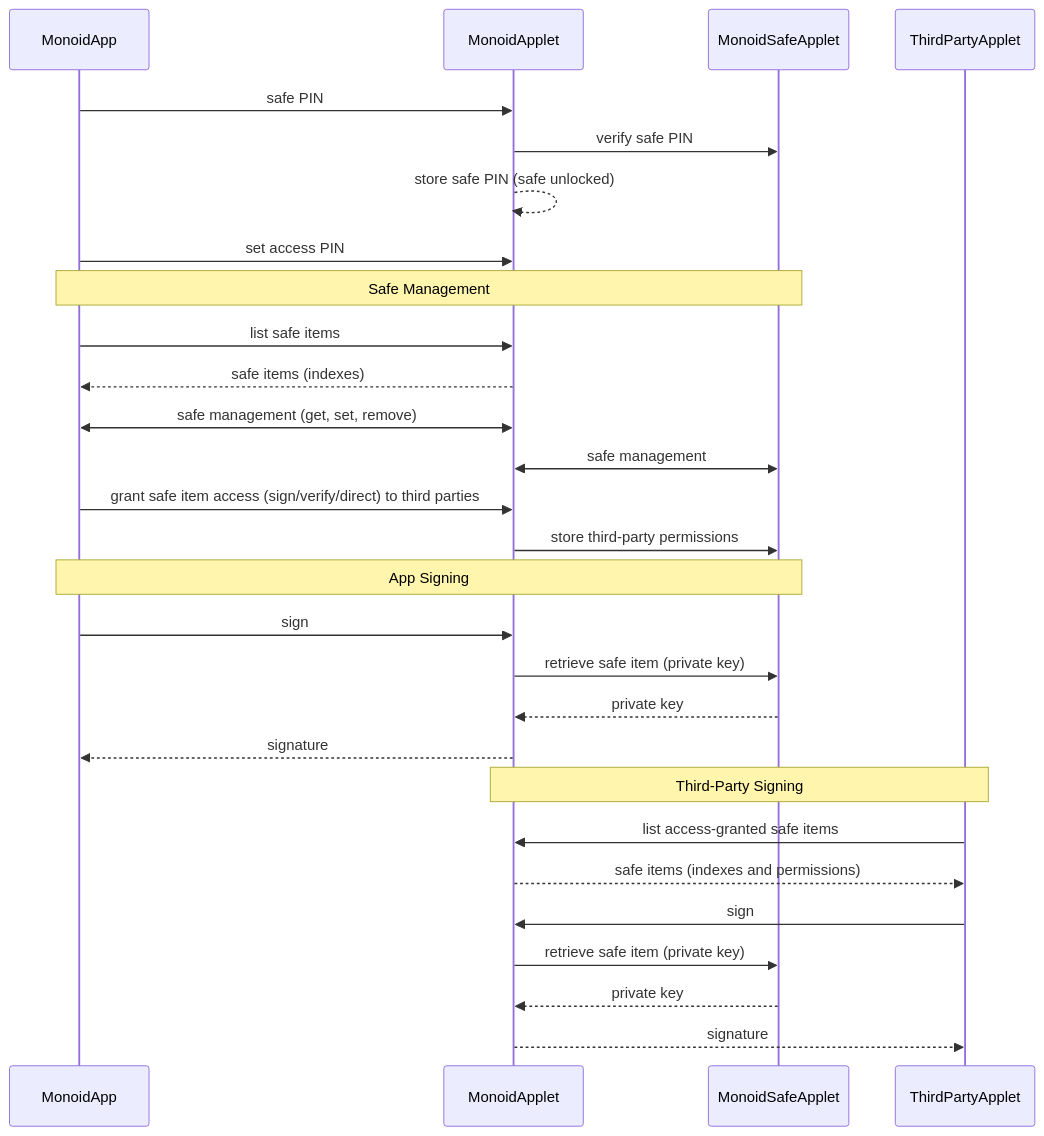
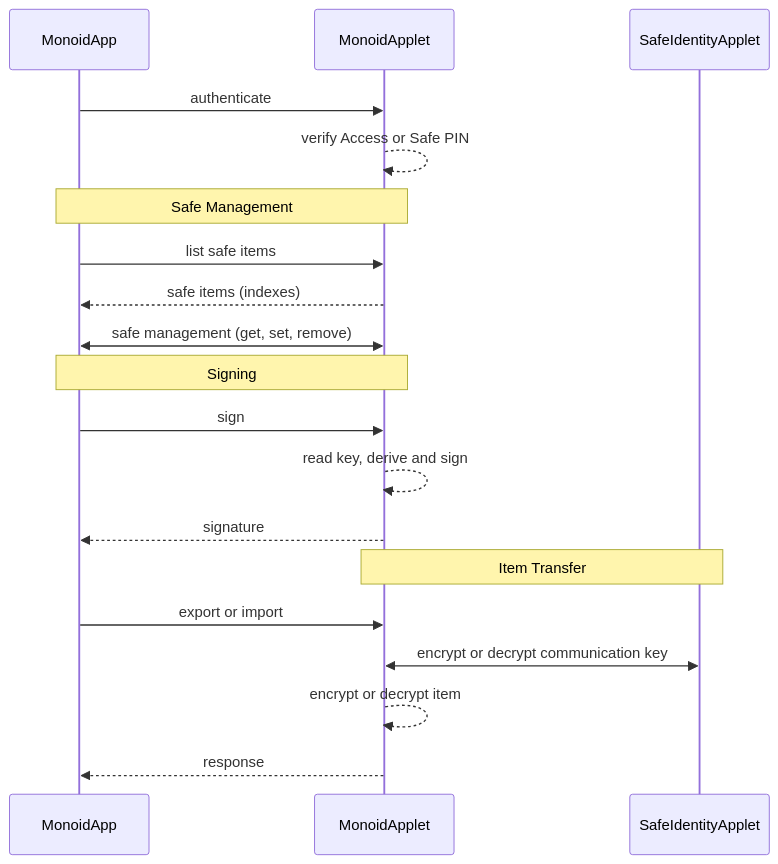
Before and after one commit to vilicvane/monoid-javacard: the diagram in doc/architecture.md, drawn with Mermaid. The commit also changed other lines of this file and 75 other files, not shown here.

Commit message:
monoid: merge safe storage into monoid applet

````diff
--- a/doc/architecture.md
+++ b/doc/architecture.md
@@ -43,38 +39,28 @@
 ```mermaid
 sequenceDiagram
     participant MonoidApp
     participant MonoidApplet
-    participant MonoidSafeApplet
-    participant ThirdPartyApplet
+    participant SafeIdentityApplet
 
-    MonoidApp ->> MonoidApplet: safe PIN
-    MonoidApplet ->> MonoidSafeApplet: verify safe PIN
-    MonoidApplet -->> MonoidApplet: store safe PIN (safe unlocked)
+    MonoidApp ->> MonoidApplet: authenticate
+    MonoidApplet -->> MonoidApplet: verify Access or Safe PIN
 
-    MonoidApp ->> MonoidApplet: set access PIN
-
-    note over MonoidApp, MonoidSafeApplet: Safe Management
+    note over MonoidApp, MonoidApplet: Safe Management
 
     MonoidApp ->> MonoidApplet: list safe items
     MonoidApplet -->> MonoidApp: safe items (indexes)
     MonoidApp <<->> MonoidApplet: safe management (get, set, remove)
-    MonoidApplet <<->> MonoidSafeApplet: safe management
-    MonoidApp ->> MonoidApplet: grant safe item access (sign/verify/direct) to third parties
-    MonoidApplet ->> MonoidSafeApplet: store third-party permissions
 
-    note over MonoidApp, MonoidSafeApplet: App Signing
+    note over MonoidApp, MonoidApplet: Signing
 
     MonoidApp ->> MonoidApplet: sign
-    MonoidApplet ->> MonoidSafeApplet: retrieve safe item (private key)
-    MonoidSafeApplet -->> MonoidApplet: private key
+    MonoidApplet -->> MonoidApplet: read key, derive and sign
     MonoidApplet -->> MonoidApp: signature
 
-    note over MonoidApplet, ThirdPartyApplet: Third-Party Signing
+    note over MonoidApplet, SafeIdentityApplet: Item Transfer
 
-    ThirdPartyApplet ->> MonoidApplet: list access-granted safe items
-    MonoidApplet -->> ThirdPartyApplet: safe items (indexes and permissions)
-    ThirdPartyApplet ->> MonoidApplet: sign
-    MonoidApplet ->> MonoidSafeApplet: retrieve safe item (private key)
-    MonoidSafeApplet -->> MonoidApplet: private key
-    MonoidApplet -->> ThirdPartyApplet: signature
+    MonoidApp ->> MonoidApplet: export or import
+    MonoidApplet <<->> SafeIdentityApplet: encrypt or decrypt communication key
+    MonoidApplet -->> MonoidApplet: encrypt or decrypt item
+    MonoidApplet -->> MonoidApp: response
 ```
````
